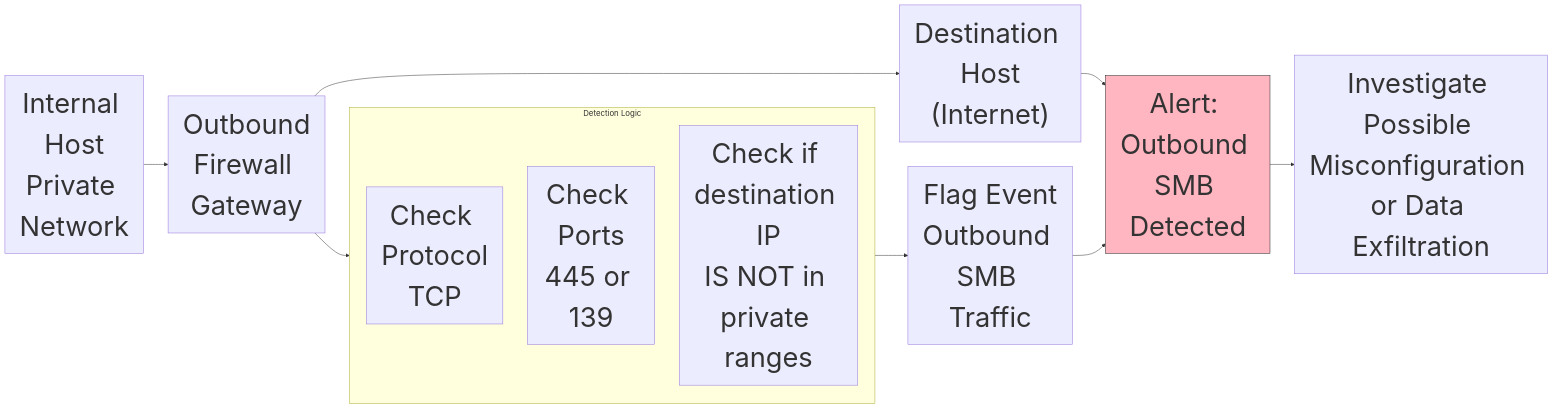
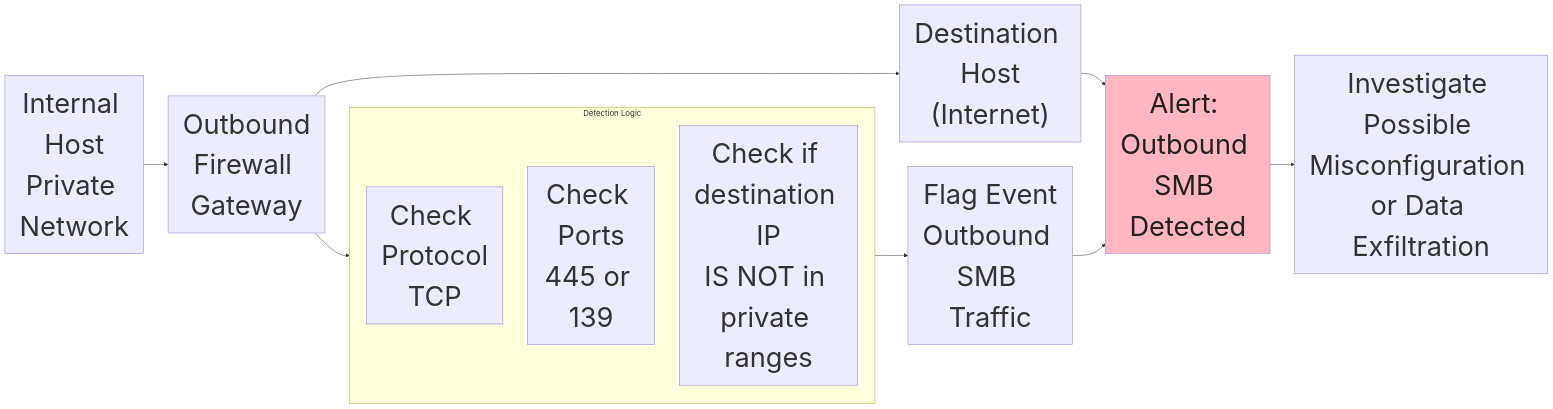
One commit to gcastill0/project-07-SIEM-Detections changed the diagram in Cisco-Meraki-MX-Firewall.md. Above: the diagram before and after it, drawn with Mermaid.

Commit message:
Adding new sources

````diff
--- a/Cisco-Meraki-MX-Firewall.md
+++ b/Cisco-Meraki-MX-Firewall.md
@@ -15,28 +15,28 @@
 ```mermaid
 flowchart LR
  subgraph SB["Detection Logic"]
         D["Check Protocol<br>TCP"]
         E["Check Ports<br>445 or 139"]
         F["Check if destination IP<br>IS NOT in private ranges"]
   end
     A["Internal Host<br>Private Network"]
     B["Outbound<br>Firewall Gateway"]
     C["Destination Host<br>(Internet)"]
     A --> B
     B --> C
     C --> H
     B --> SB
     SB --> G["Flag Event<br>Outbound SMB Traffic"]
     G --> H["Alert: Outbound SMB Detected"]
     H --> I["Investigate Possible Misconfiguration or Data Exfiltration"]
 
     style A font-size:2.4ch;
     style B font-size:2.4ch;
     style C font-size:2.4ch;
     style D font-size:2.4ch;
     style E font-size:2.4ch;
     style F font-size:2.4ch;
     style G font-size:2.4ch;
-    style H stroke:#222,fill:lightpink,font-size:2.4ch;
+    style H color:#222,fill:lightpink,font-size:2.4ch;
     style I font-size:2.4ch;
 ```
````
